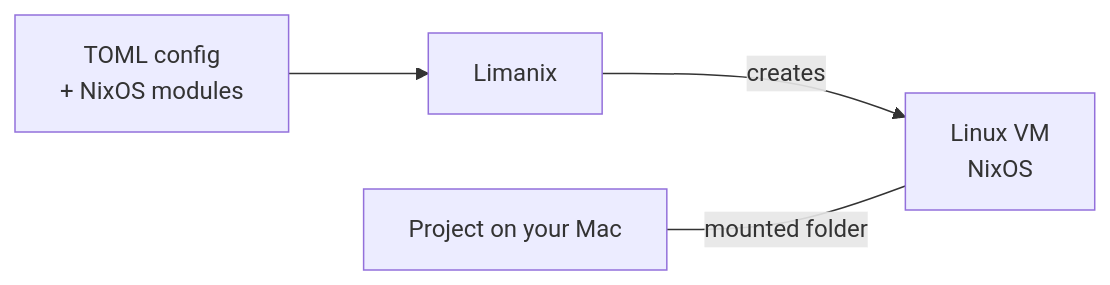
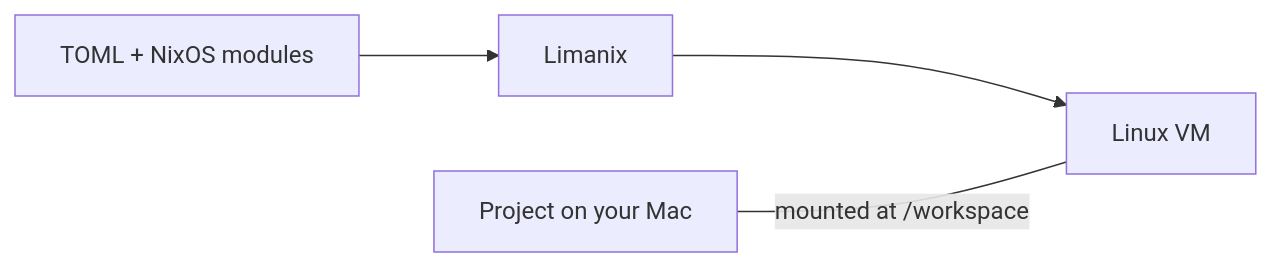
One commit to mr-chelyshkin/limanix changed the diagram in docs/pages/_index.md. Above: the diagram before and after it, drawn with Mermaid. The commit also changed other lines of this file and 33 other files, not shown here.

````diff
--- a/docs/pages/_index.md
+++ b/docs/pages/_index.md
@@ -32,9 +23,9 @@
 ```mermaid
 flowchart LR
-    accTitle: How Limanix creates a development sandbox
-    accDescr: Limanix uses your TOML config and NixOS modules to create a Linux VM on your Mac. Your local project folder is mounted into the VM. You work with the same files.
+    accTitle: A Limanix development environment
+    accDescr: Limanix reads a TOML configuration and NixOS modules to configure a Linux VM. A mounted project directory keeps source files on the Mac.
 
-    config["TOML config<br/>+ NixOS modules"] --> cli["Limanix"]:::primary
-    cli -->|creates| vm["Linux VM<br/>NixOS"]
-    project["Project on your Mac"] ---|mounted folder| vm
+    config["TOML + NixOS modules"] --> cli["Limanix"]
+    cli --> vm["Linux VM"]
+    project["Project on your Mac"] ---|mounted at /workspace| vm
 ```
````
